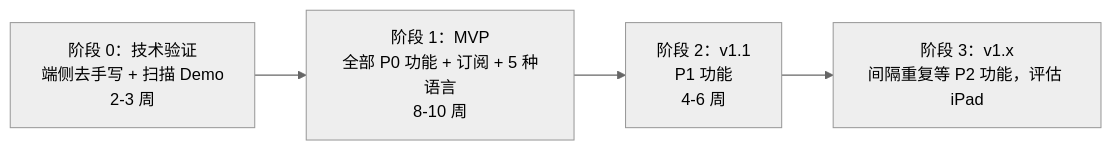
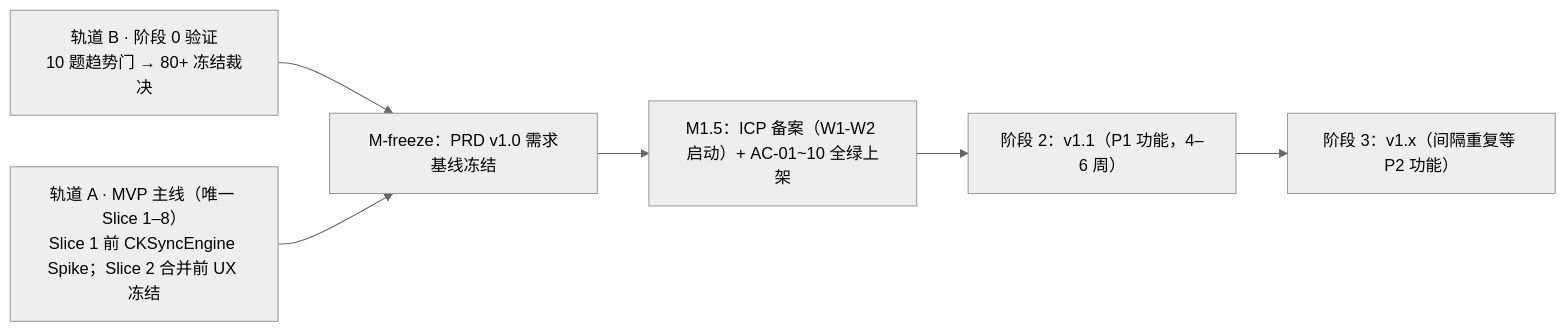
Before and after one commit to NotBad-Labs/snapdrill-ios: the third of 3 diagrams in Docs/PRD.md, drawn with Mermaid (neutral theme). The commit also changed other lines of this file and 12 other files, not shown here.

````diff
--- a/Docs/PRD.md
+++ b/Docs/PRD.md
@@ -486,6 +565,8 @@
 ```mermaid
 flowchart LR
-    V0["阶段 0：技术验证<br>端侧去手写 + 扫描 Demo<br>2-3 周"] --> V1["阶段 1：MVP<br>全部 P0 功能 + 订阅 + 5 种语言<br>8-10 周"]
-    V1 --> V2["阶段 2：v1.1<br>P1 功能<br>4-6 周"]
-    V2 --> V3["阶段 3：v1.x<br>间隔重复等 P2 功能，评估 iPad"]
+    T_B["轨道 B · 阶段 0 验证<br>10 题趋势门 → 80+ 冻结裁决"] --> FREEZE["M-freeze：PRD v1.0 需求基线冻结"]
+    T_A["轨道 A · MVP 主线（唯一 Slice 1–8）<br>Slice 1 前 CKSyncEngine Spike；Slice 2 合并前 UX 冻结"] --> FREEZE
+    FREEZE --> SHIP["M1.5：ICP 备案（W1-W2 启动）+ AC-01~10 全绿上架"]
+    SHIP --> V2["阶段 2：v1.1（P1 功能，4–6 周）"]
+    V2 --> V3["阶段 3：v1.x（间隔重复等 P2 功能）"]
 ```
````
